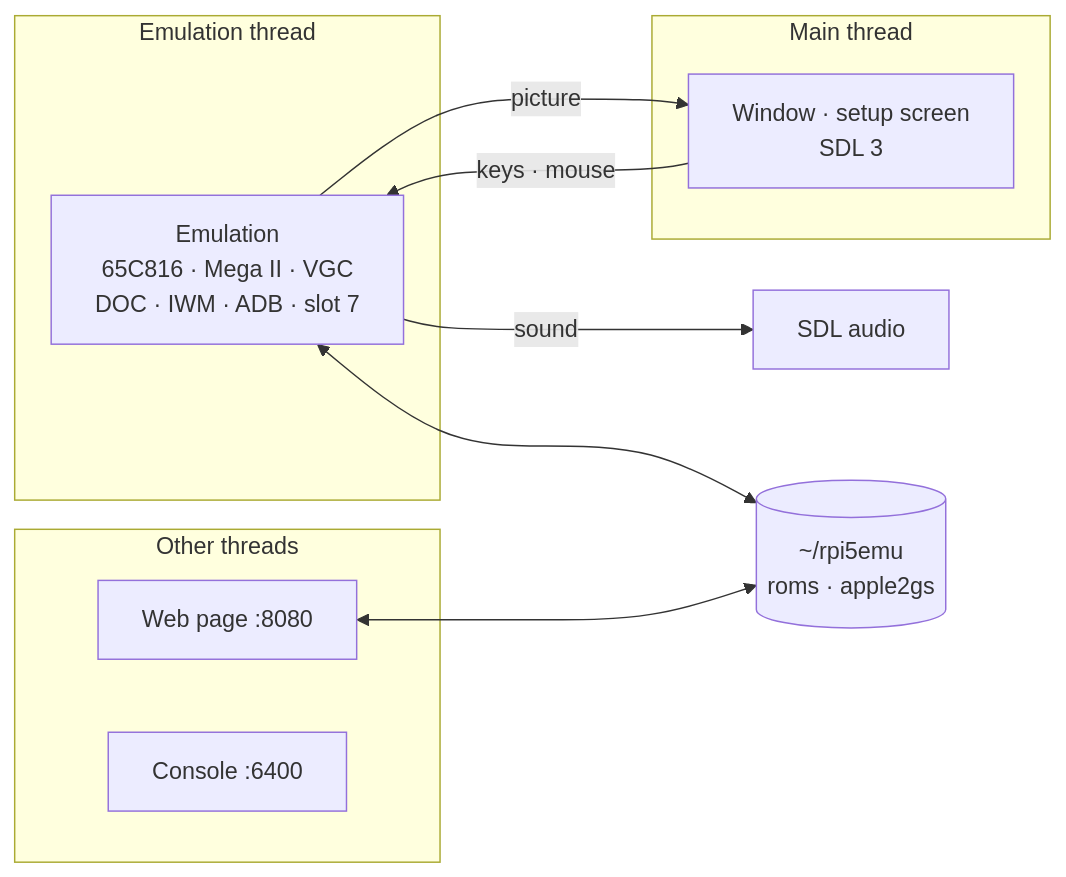
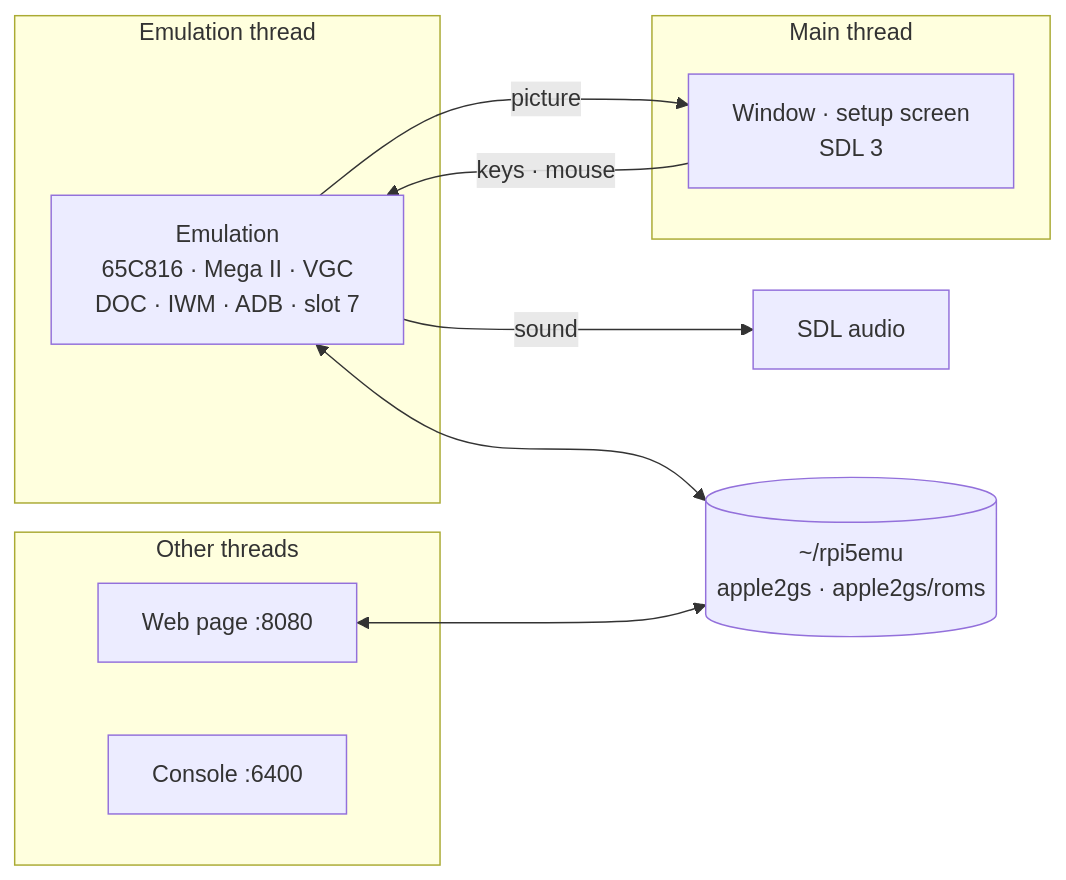
Before and after one commit to rlucencic/rpi5gs: the diagram in README.md, drawn with Mermaid. The commit also changed other lines of this file and 3 other files, not shown here.

First line of the commit message:
ROMs in ~/rpi5emu/apple2gs/roms

````diff
--- a/README.md
+++ b/README.md
@@ -154,19 +154,19 @@
 ```mermaid
 flowchart LR
   subgraph emu [Emulation thread]
     EMU["Emulation<br>65C816 · Mega II · VGC<br>DOC · IWM · ADB · slot 7"]
   end
   subgraph main [Main thread]
     WIN["Window · setup screen<br>SDL 3"]
   end
   subgraph others [Other threads]
     WEB[Web page :8080]
     CON[Console :6400]
   end
   EMU -- picture --> WIN
   EMU -- sound --> SND[SDL audio]
   WIN -- keys · mouse --> EMU
-  DATA[("~/rpi5emu<br>roms · apple2gs")]
+  DATA[("~/rpi5emu<br>apple2gs · apple2gs/roms")]
   EMU <--> DATA
   WEB <--> DATA
 ```
````
